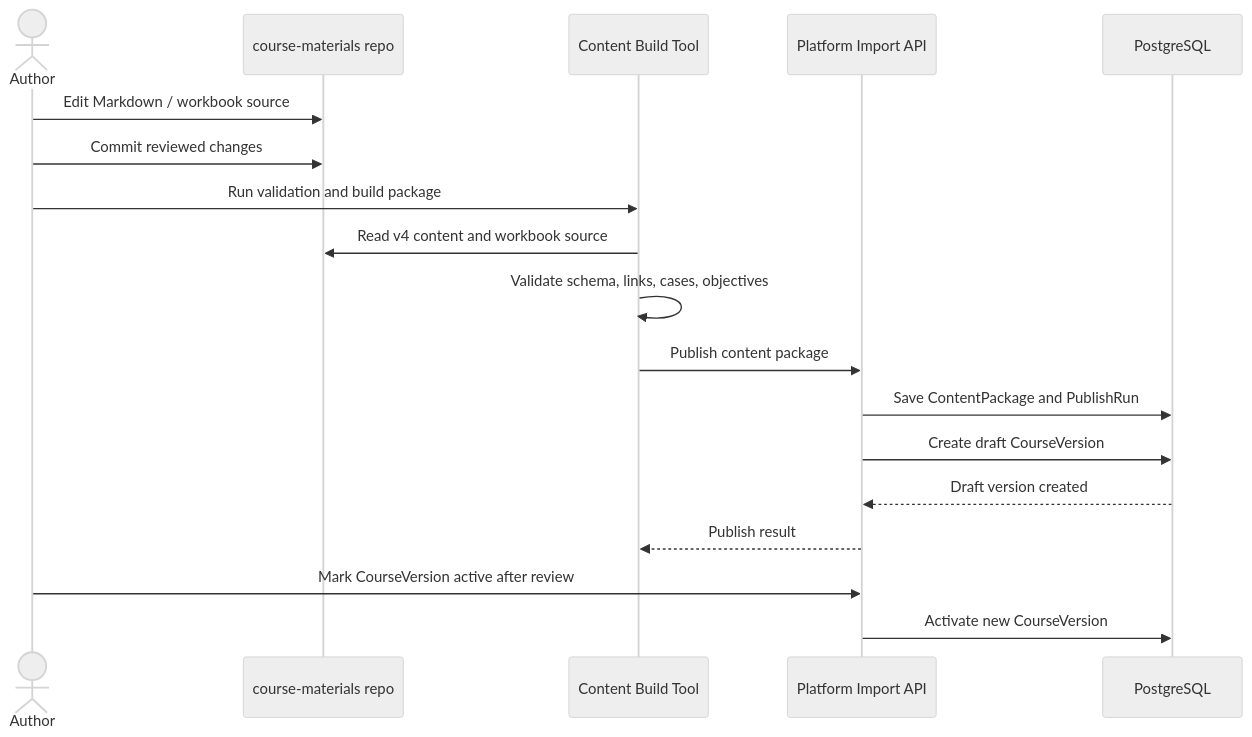
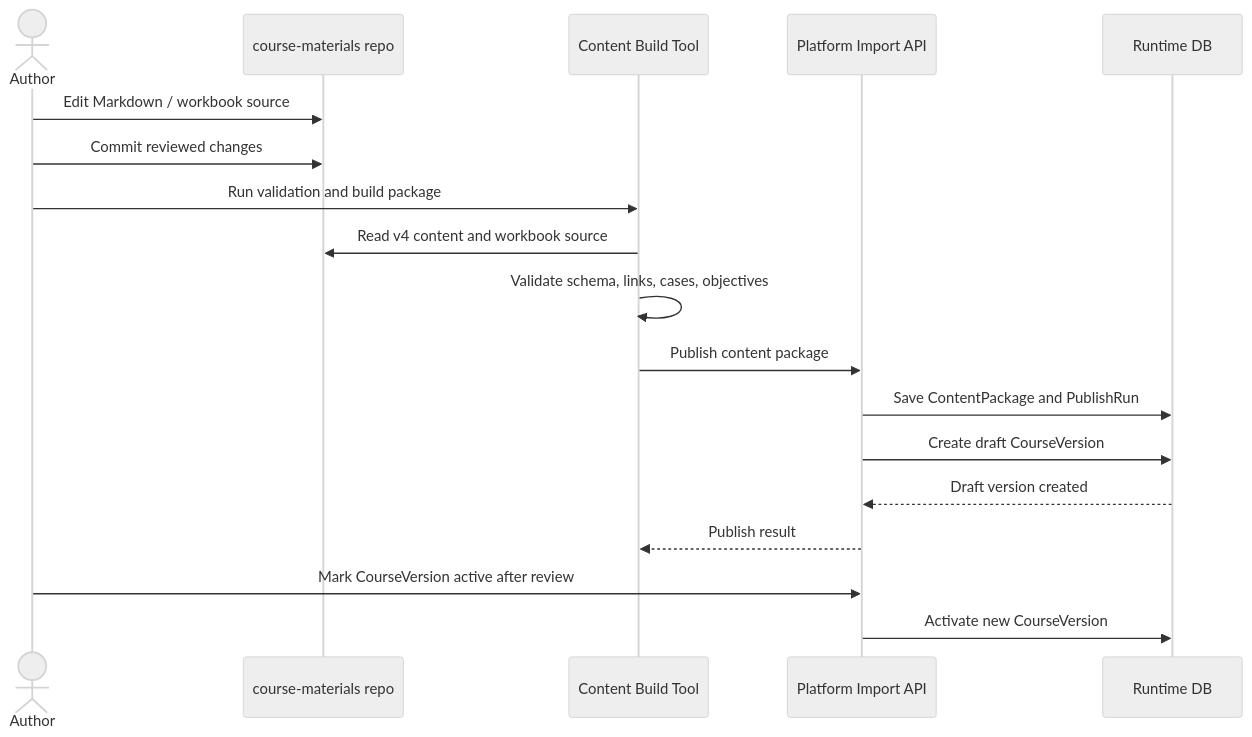
The eighth of 9 diagrams in docs/design/sequence-diagrams.md (learn-database/workbook-platform), drawn with Mermaid (neutral theme) before and after one commit. The commit also changed other lines of this file and 4 other files, not shown here.

````diff
--- a/docs/design/sequence-diagrams.md
+++ b/docs/design/sequence-diagrams.md
@@ -163,21 +163,21 @@
 ```mermaid
 sequenceDiagram
     actor Author
     participant Content as course-materials repo
     participant Tool as Content Build Tool
     participant API as Platform Import API
-    participant DB as PostgreSQL
+    participant DB as Runtime DB
 
     Author->>Content: Edit Markdown / workbook source
     Author->>Content: Commit reviewed changes
     Author->>Tool: Run validation and build package
     Tool->>Content: Read v4 content and workbook source
     Tool->>Tool: Validate schema, links, cases, objectives
     Tool->>API: Publish content package
     API->>DB: Save ContentPackage and PublishRun
     API->>DB: Create draft CourseVersion
     DB-->>API: Draft version created
     API-->>Tool: Publish result
     Author->>API: Mark CourseVersion active after review
     API->>DB: Activate new CourseVersion
 ```
````
